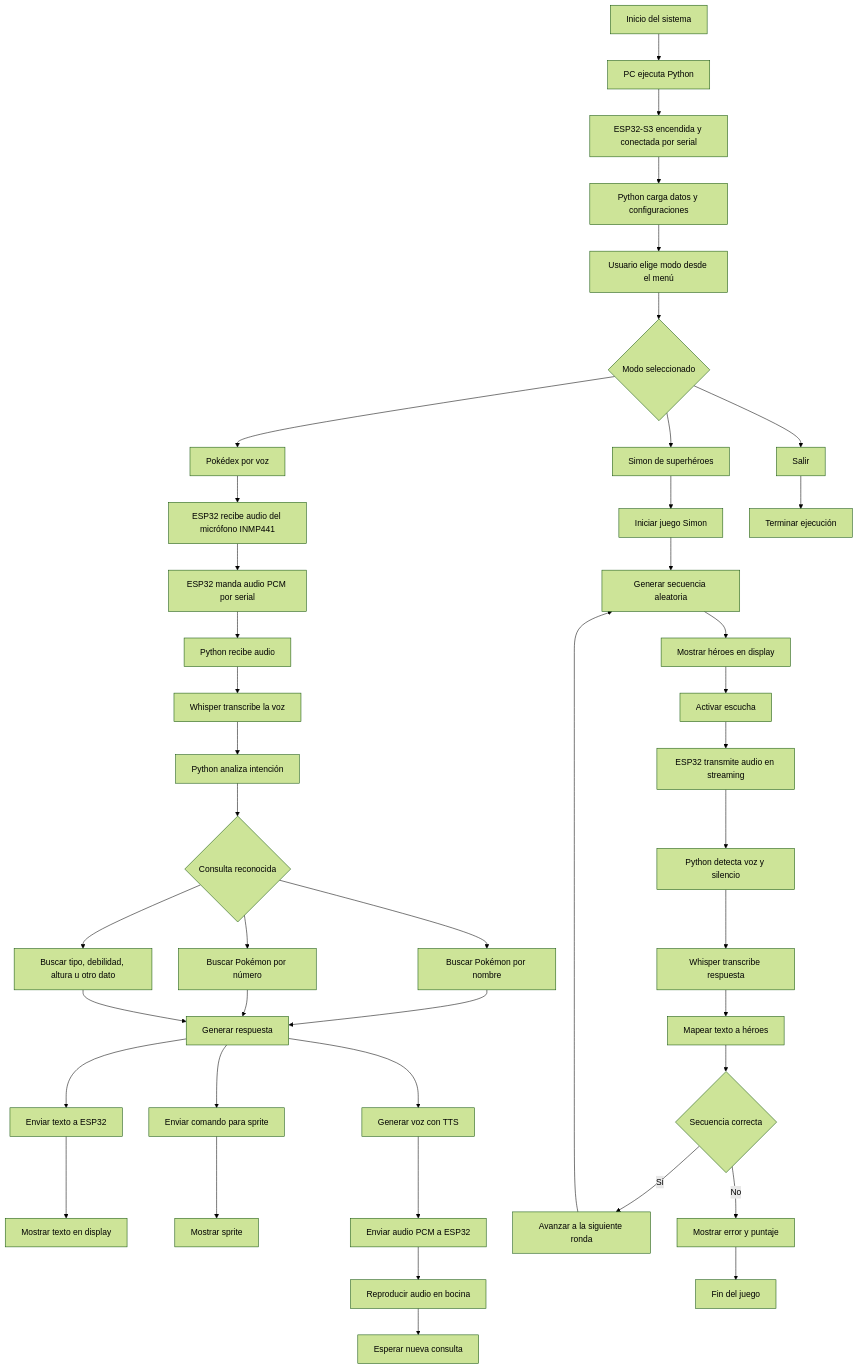
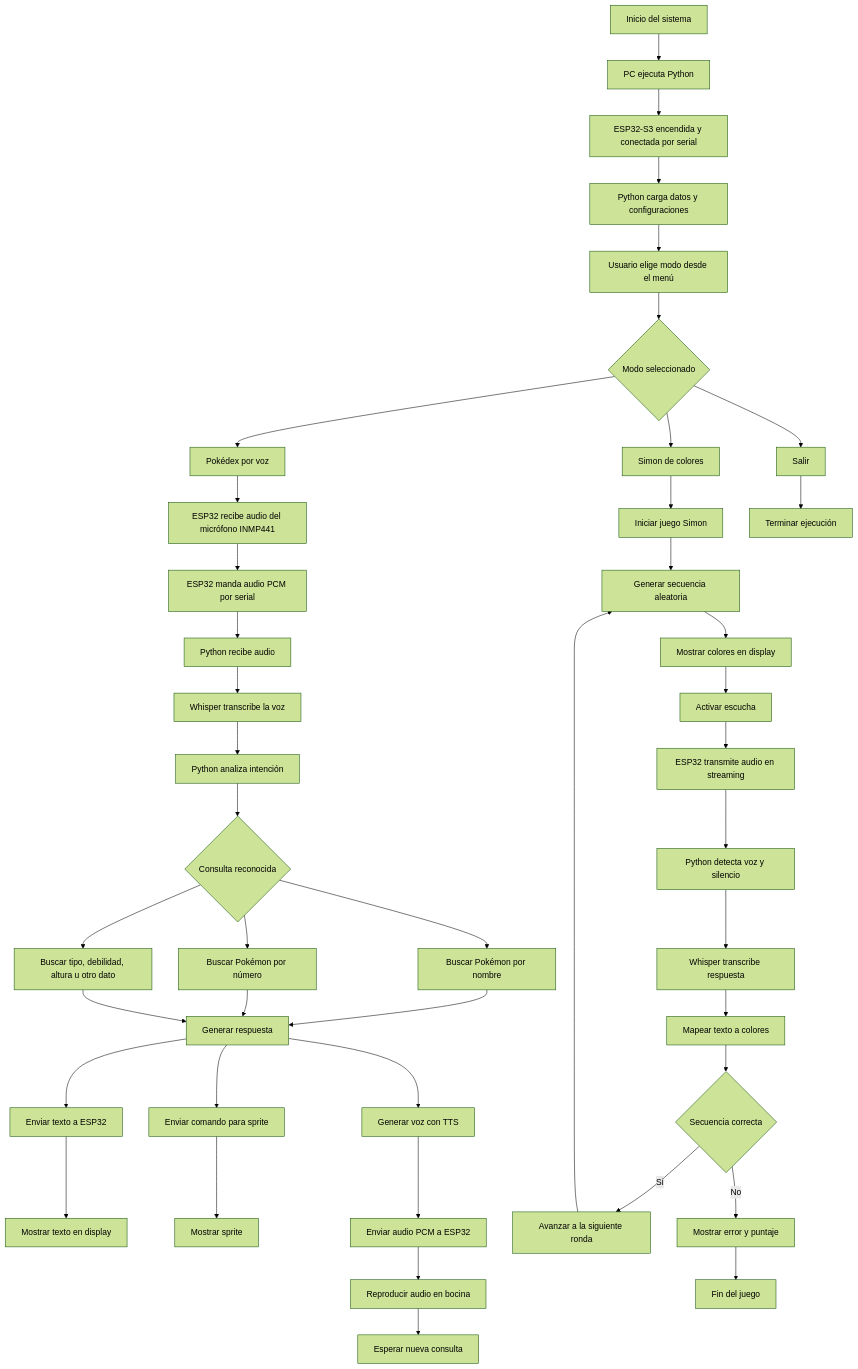
Before and after one commit to JGG07/poke-simon: the first of 5 diagrams in README.md, drawn with Mermaid (forest theme). The commit also changed other lines of this file and 6 other files, not shown here.

Commit message:
Mejora reconocimiento y cambia Simon a colores

````diff
--- a/README.md
+++ b/README.md
@@ -70,55 +70,55 @@
 ```mermaid
 flowchart TD
     A[Inicio del sistema] --> B[PC ejecuta Python]
     B --> C[ESP32-S3 encendida y conectada por serial]
     C --> D[Python carga datos y configuraciones]
     D --> E[Usuario elige modo desde el menú]
 
     E --> F{Modo seleccionado}
 
     F --> G[Pokédex por voz]
-    F --> H[Simon de superhéroes]
+    F --> H[Simon de colores]
     F --> I[Salir]
 
     G --> J[ESP32 recibe audio del micrófono INMP441]
     J --> K[ESP32 manda audio PCM por serial]
     K --> L[Python recibe audio]
     L --> M[Whisper transcribe la voz]
     M --> N[Python analiza intención]
     N --> O{Consulta reconocida}
 
     O --> P[Buscar Pokémon por nombre]
     O --> Q[Buscar Pokémon por número]
     O --> R[Buscar tipo, debilidad, altura u otro dato]
 
     P --> S[Generar respuesta]
     Q --> S
     R --> S
 
     S --> T[Enviar texto a ESP32]
     T --> U[Mostrar texto en display]
     S --> V[Enviar comando para sprite]
     V --> W[Mostrar sprite]
     S --> X[Generar voz con TTS]
     X --> Y[Enviar audio PCM a ESP32]
     Y --> Z[Reproducir audio en bocina]
     Z --> AA[Esperar nueva consulta]
 
     H --> AB[Iniciar juego Simon]
     AB --> AC[Generar secuencia aleatoria]
-    AC --> AD[Mostrar héroes en display]
+    AC --> AD[Mostrar colores en display]
     AD --> AE[Activar escucha]
     AE --> AF[ESP32 transmite audio en streaming]
     AF --> AG[Python detecta voz y silencio]
     AG --> AH[Whisper transcribe respuesta]
-    AH --> AI[Mapear texto a héroes]
+    AH --> AI[Mapear texto a colores]
     AI --> AJ{Secuencia correcta}
 
     AJ -->|Sí| AK[Avanzar a la siguiente ronda]
     AK --> AC
 
     AJ -->|No| AL[Mostrar error y puntaje]
     AL --> AM[Fin del juego]
 
     I --> AN[Terminar ejecución]
 ```
````
